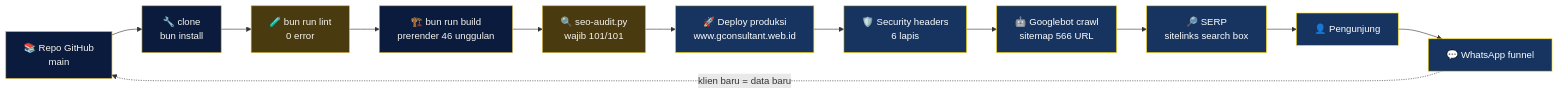
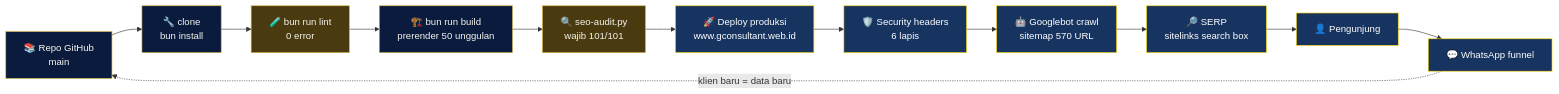
One commit to gunaracorp/gunaraconsultant changed the ninth of 10 diagrams in README.md. Above: the diagram before and after it, drawn with Mermaid. The commit also changed other lines of this file and 15 other files, not shown here.

````diff
--- a/README.md
+++ b/README.md
@@ -564,21 +578,21 @@
 ```mermaid
 flowchart LR
     R["📚 Repo GitHub<br/>main"] --> C["🔧 clone<br/>bun install"]
     C --> V["🧪 bun run lint<br/>0 error"]
-    V --> S["🏗️ bun run build<br/>prerender 46 unggulan"]
+    V --> S["🏗️ bun run build<br/>prerender 50 unggulan"]
     S --> A["🔍 seo-audit.py<br/>wajib 101/101"]
     A --> D["🚀 Deploy produksi<br/>www.gconsultant.web.id"]
     D --> H["🛡️ Security headers<br/>6 lapis"]
-    H --> G["🤖 Googlebot crawl<br/>sitemap 566 URL"]
+    H --> G["🤖 Googlebot crawl<br/>sitemap 570 URL"]
     G --> SERP["🔎 SERP<br/>sitelinks search box"]
     SERP --> U["👤 Pengunjung"]
     U --> WA["💬 WhatsApp funnel"]
     WA -.->|"klien baru = data baru"| R
 
     classDef code fill:#0a1b3d,stroke:#d4af37,color:#f7f5ee
     classDef gate fill:#4a3a10,stroke:#d4af37,color:#f7f5ee
     classDef hidup fill:#16345f,stroke:#ffd700,color:#ffffff
     class R,C,S code
     class V,A gate
     class D,H,G,SERP,U,WA hidup
 ```
````
